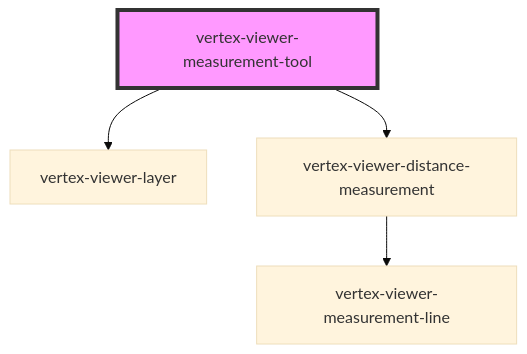
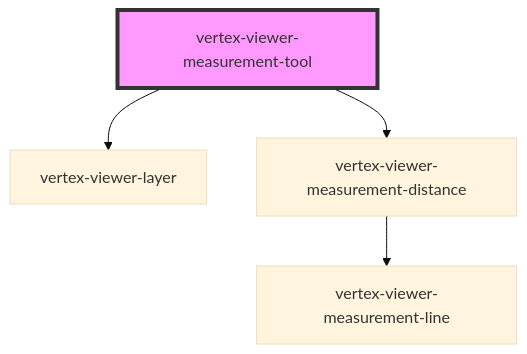
Before and after one commit to Vertexvis/vertex-web-sdk: the diagram in packages/viewer/src/components/viewer-measurement-tool/readme.md, drawn with Mermaid (base theme). The commit also changed other lines of this file and 14 other files, not shown here.

Commit message:
Rename distance measurement component

````diff
--- a/packages/viewer/src/components/viewer-measurement-tool/readme.md
+++ b/packages/viewer/src/components/viewer-measurement-tool/readme.md
@@ -44,7 +44,7 @@
 ```mermaid
 graph TD;
   vertex-viewer-measurement-tool --> vertex-viewer-layer
-  vertex-viewer-measurement-tool --> vertex-viewer-distance-measurement
-  vertex-viewer-distance-measurement --> vertex-viewer-measurement-line
+  vertex-viewer-measurement-tool --> vertex-viewer-measurement-distance
+  vertex-viewer-measurement-distance --> vertex-viewer-measurement-line
   style vertex-viewer-measurement-tool fill:#f9f,stroke:#333,stroke-width:4px
 ```
````
